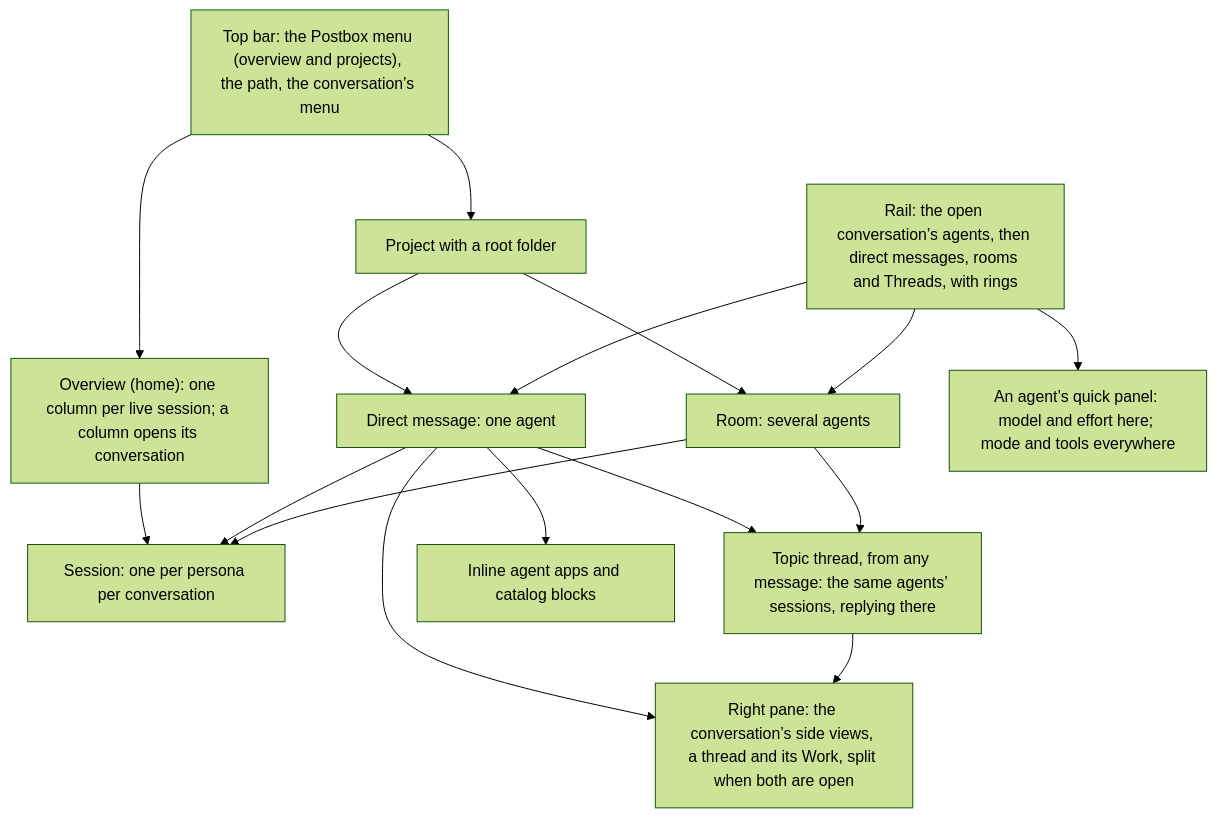
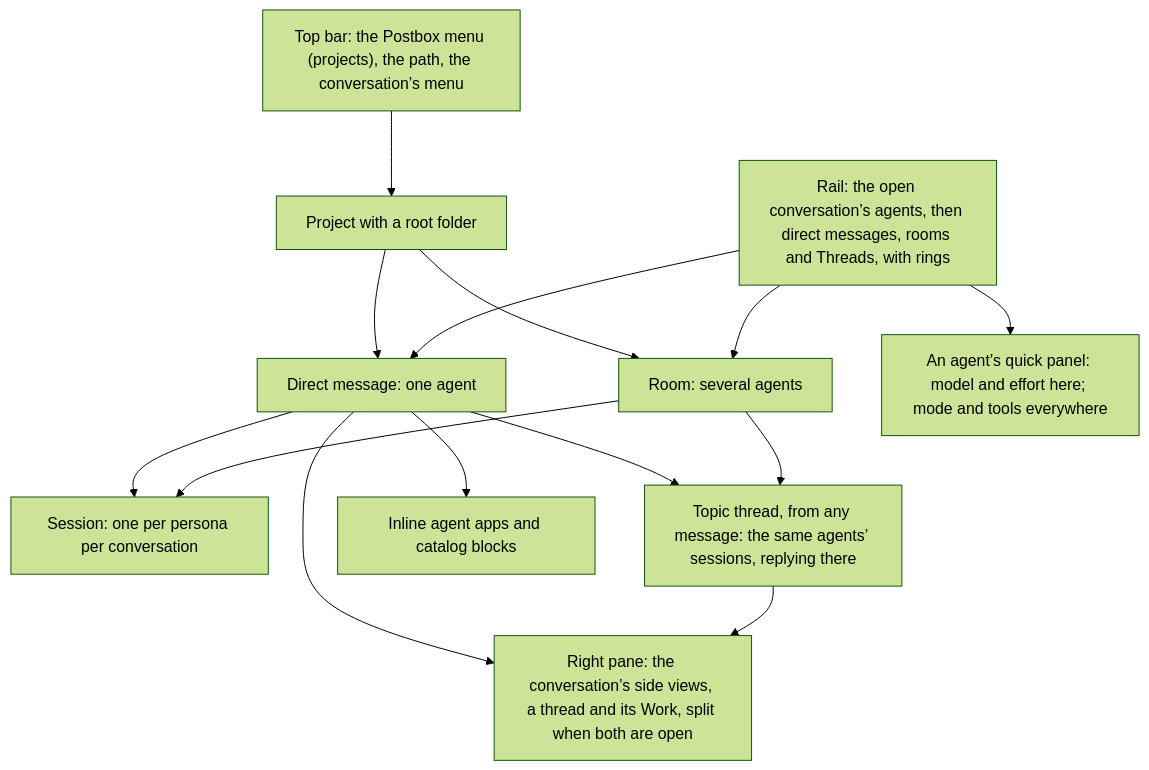
One commit to HJeon139/postbox changed the first of 2 diagrams in designs/intent.md. Above: the diagram before and after it, drawn with Mermaid (forest theme). The commit also changed other lines of this file and 21 other files, not shown here.

````diff
--- a/designs/intent.md
+++ b/designs/intent.md
@@ -42,18 +42,16 @@
 ```mermaid
 flowchart TD
-  TB["Top bar: the Postbox menu (overview and projects), the path, the conversation’s menu"] --> O
-  TB --> P
-  O["Overview (home): one column per live session; a column opens its conversation"] --> S
+  TB["Top bar: the Postbox menu (projects), the path, the conversation’s menu"] --> P
   P[Project with a root folder] --> T[Direct message: one agent]
   P --> R[Room: several agents]
   T --> S[Session: one per persona per conversation]
   R --> S
   RL["Rail: the open conversation’s agents, then direct messages, rooms and Threads, with rings"] --> T
   RL --> QP["An agent’s quick panel: model and effort here; mode and tools everywhere"]
   RL --> R
   T --> TT["Topic thread, from any message: the same agents’ sessions, replying there"]
   R --> TT
   T --> SP["Right pane: the conversation’s side views, a thread and its Work, split when both are open"]
   TT --> SP
   T --> A["Inline agent apps and catalog blocks"]
 ```
````
